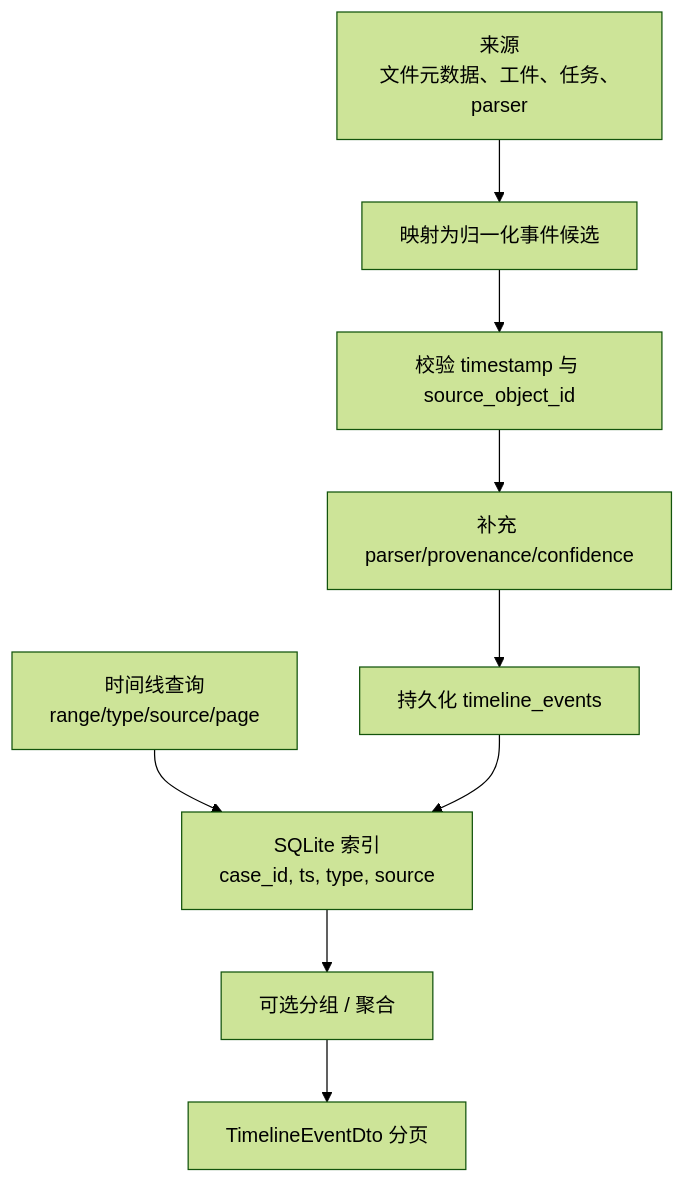
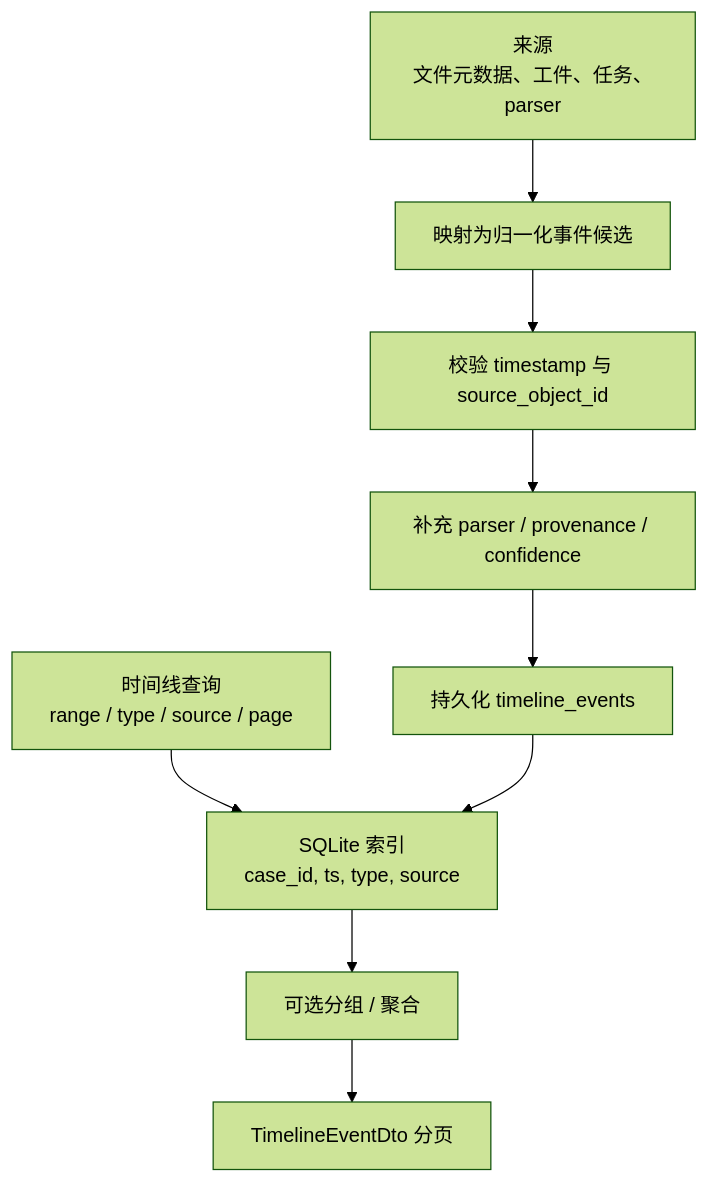
One commit to lQ-A-Ql/meow-detective changed the tenth of 14 diagrams in docs/model-architecture-algorithm-diagrams.md. Above: the diagram before and after it, drawn with Mermaid (forest theme). The commit also changed other lines of this file and 70 other files, not shown here.

````diff
--- a/docs/model-architecture-algorithm-diagrams.md
+++ b/docs/model-architecture-algorithm-diagrams.md
@@ -350,16 +381,16 @@
 ```mermaid
 flowchart TB
   Sources["来源<br/>文件元数据、工件、任务、parser"]
   Map["映射为归一化事件候选"]
   Validate["校验 timestamp 与 source_object_id"]
-  Enrich["补充 parser/provenance/confidence"]
+  Enrich["补充 parser / provenance / confidence"]
   Persist["持久化 timeline_events"]
-  Query["时间线查询<br/>range/type/source/page"]
+  Query["时间线查询<br/>range / type / source / page"]
   Indexes["SQLite 索引<br/>case_id, ts, type, source"]
   Aggregate["可选分组 / 聚合"]
   Dto["TimelineEventDto 分页"]
 
   Sources --> Map --> Validate --> Enrich --> Persist
   Query --> Indexes --> Aggregate --> Dto
   Persist --> Indexes
 ```
````
